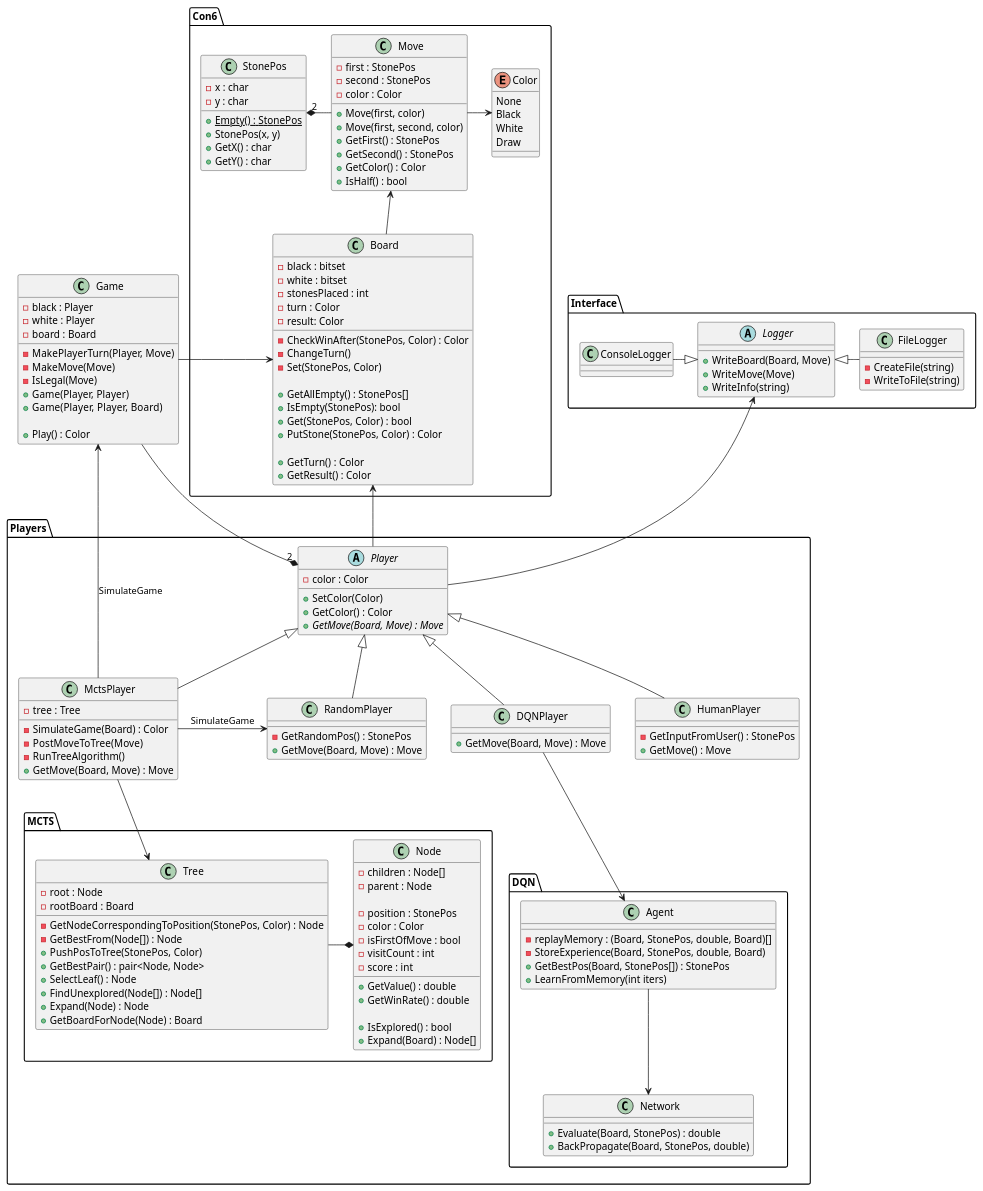
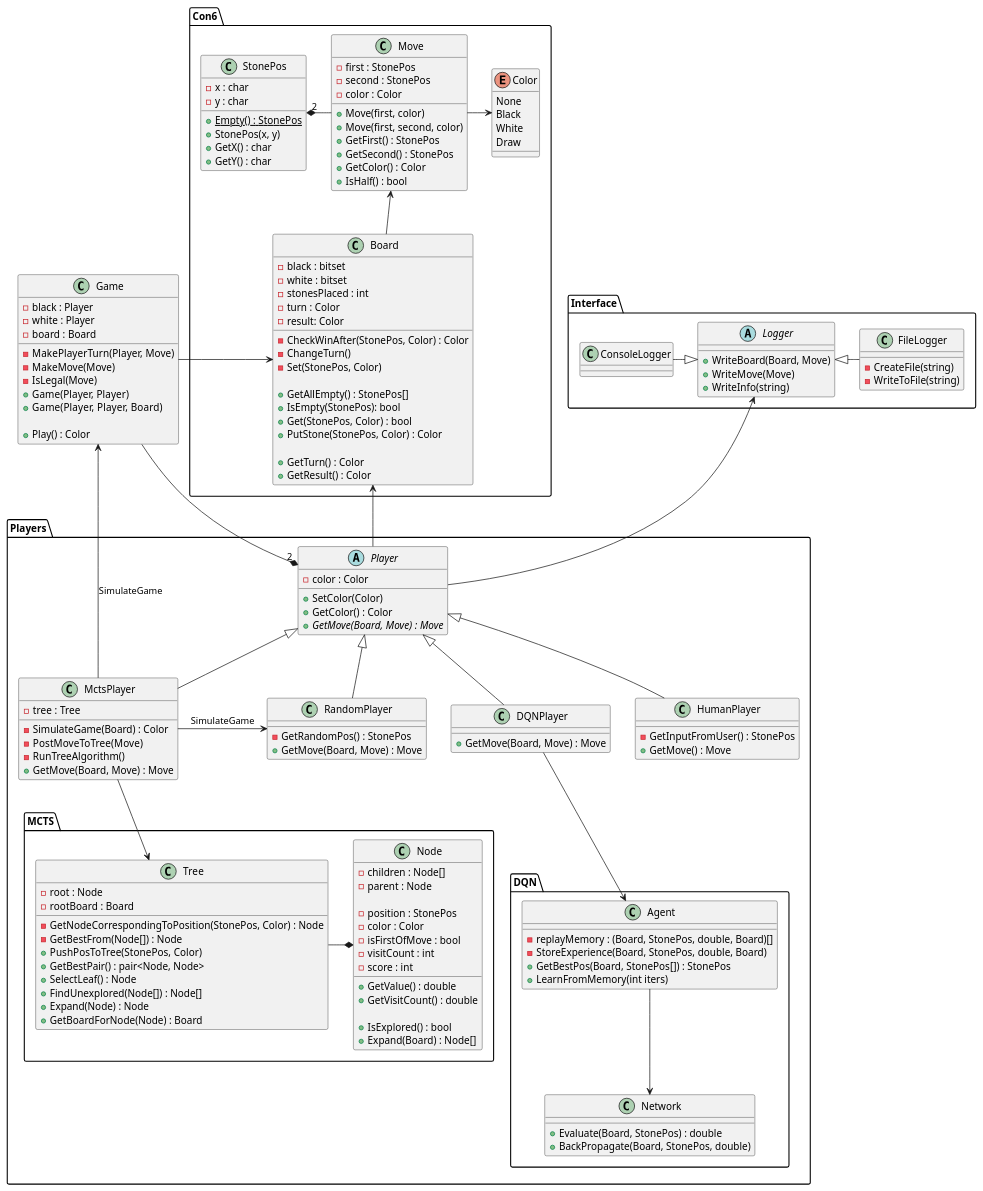
Before and after one commit to michal-szadkowski/connect6-ai: the diagram in ClassDiagram.puml, drawn with PlantUML. The commit also changed 25 other files, not shown here.

```diff
--- a/ClassDiagram.puml
+++ b/ClassDiagram.puml
@@ -1,175 +1,175 @@
 @startuml
 
 enum Con6.Color {
 None
 Black
 White
 Draw
 }
 
 
 class Con6.StonePos {
     - x : char
     - y : char
     + {static} Empty() : StonePos
     + StonePos(x, y)
     + GetX() : char
     + GetY() : char
 }
 
 class Con6.Move {
     - first : StonePos
     - second : StonePos
     - color : Color
     + Move(first, color)
     + Move(first, second, color)
     + GetFirst() : StonePos
     + GetSecond() : StonePos
     + GetColor() : Color
     + IsHalf() : bool
 }
 Con6.StonePos "2" *- Con6.Move
 Con6.Move ->Con6.Color
 
 class Con6.Board {
     - black : bitset
     - white : bitset
     - stonesPlaced : int
     - turn : Color
     - result: Color
     
     - CheckWinAfter(StonePos, Color) : Color
     - ChangeTurn()
     - Set(StonePos, Color)
    
     + GetAllEmpty() : StonePos[]
     + IsEmpty(StonePos): bool
     + Get(StonePos, Color) : bool
     + PutStone(StonePos, Color) : Color
     
     + GetTurn() : Color
     + GetResult() : Color
 }
 Con6.Move <-- Con6.Board
 
 
 class Game{
     - black : Player
     - white : Player
     - board : Board
     - MakePlayerTurn(Player, Move)
     - MakeMove(Move)
     - IsLegal(Move)
     + Game(Player, Player)
     + Game(Player, Player, Board)
     
     + Play() : Color
 }
 Con6.Board <-left- Game
 Players.Player "2" *-up- Game
 
 
 abstract class Players.Player {
     - color : Color
     + SetColor(Color)
     + GetColor() : Color
     + {abstract} GetMove(Board, Move) : Move
 }
 Interface.Logger <-- Players.Player
 Con6.Board <-- Players.Player
 
 
 class Players.MctsPlayer extends Players.Player{
     - tree : Tree
     
     - SimulateGame(Board) : Color
     - PostMoveToTree(Move)
     - RunTreeAlgorithm()
     + GetMove(Board, Move) : Move
 }
 Players.MctsPlayer -> Players.RandomPlayer  : SimulateGame 
 Players.MctsPlayer --> Players.MCTS.Tree 
 Game <-- Players.MctsPlayer : SimulateGame
 
 class Players.MCTS.Node{
     - children : Node[]
     - parent : Node
     
     - position : StonePos 
     - color : Color
     - isFirstOfMove : bool
     - visitCount : int
     - score : int
     
     + GetValue() : double
-    + GetWinRate() : double
+    + GetVisitCount() : double
     
     + IsExplored() : bool
     + Expand(Board) : Node[]
     
 }
 
 class Players.MCTS.Tree{
     - root : Node
     - rootBoard : Board
     
     - GetNodeCorrespondingToPosition(StonePos, Color) : Node
     - GetBestFrom(Node[]) : Node
     + PushPosToTree(StonePos, Color)
     + GetBestPair() : pair<Node, Node>
     + SelectLeaf() : Node
     + FindUnexplored(Node[]) : Node[]
     + Expand(Node) : Node
     + GetBoardForNode(Node) : Board
 }
 Players.MCTS.Tree -* Players.MCTS.Node
 
 
 
 class Players.DQNPlayer extends Players.Player{
     + GetMove(Board, Move) : Move
 }
 Players.DQNPlayer --> Players.DQN.Agent
 class Players.DQN.Agent{
     - replayMemory : (Board, StonePos, double, Board)[]
     - StoreExperience(Board, StonePos, double, Board)
     + GetBestPos(Board, StonePos[]) : StonePos
     + LearnFromMemory(int iters)
 }
 Players.DQN.Agent --> Players.DQN.Network
 class Players.DQN.Network{
     + Evaluate(Board, StonePos) : double
     + BackPropagate(Board, StonePos, double)
 }
 class Players.RandomPlayer extends Players.Player{
     - GetRandomPos() : StonePos
     + GetMove(Board, Move) : Move
 }
 
 class Players.HumanPlayer extends Players.Player{
     - GetInputFromUser() : StonePos
     + GetMove() : Move
 }
 
 
 
 abstract class Interface.Logger{
     + WriteBoard(Board, Move)
     + WriteMove(Move)
     + WriteInfo(string)
 }
 
 class Interface.ConsoleLogger {
 
 }
 Interface.ConsoleLogger -|> Interface.Logger
 class Interface.FileLogger {
     - CreateFile(string)
     - WriteToFile(string)
 }
 Interface.Logger <|- Interface.FileLogger
 
 
 
 
 @enduml
```
